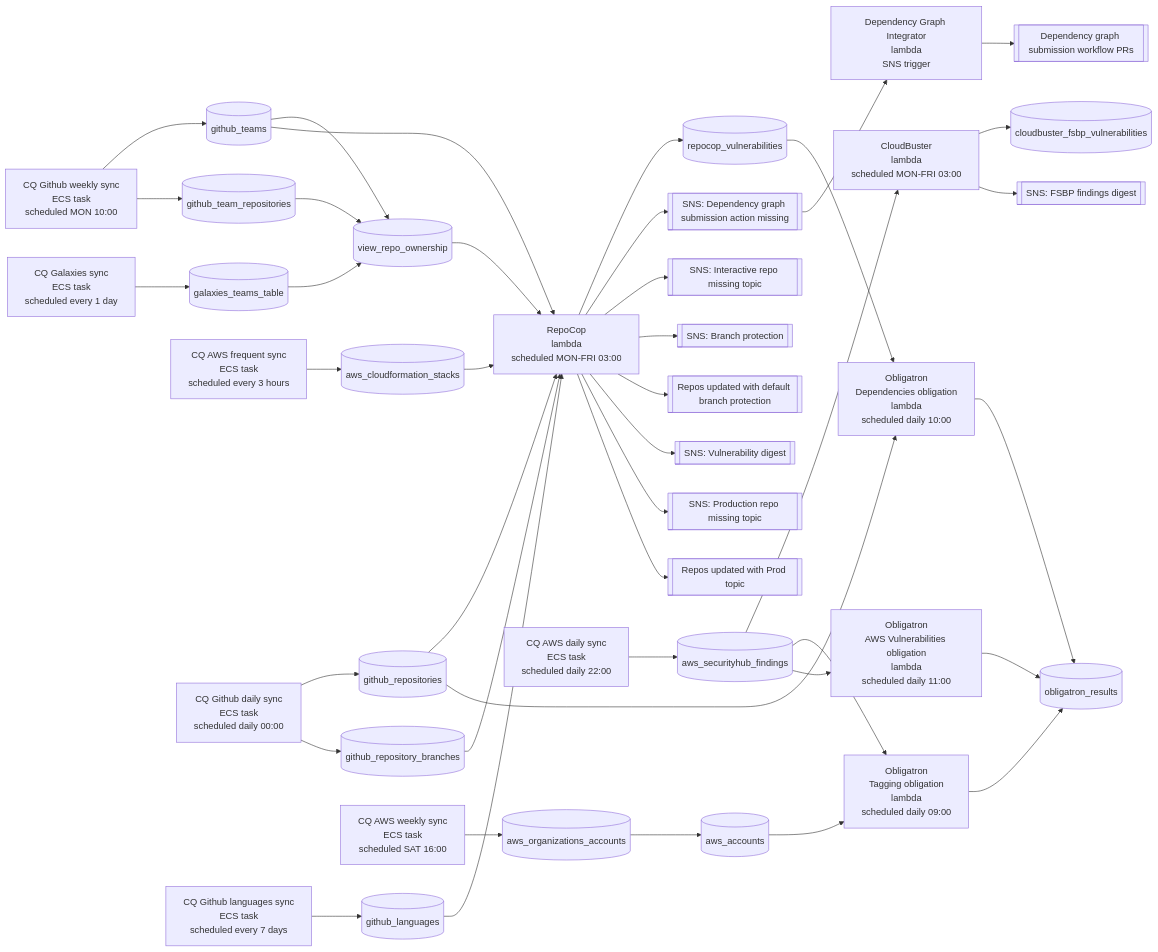
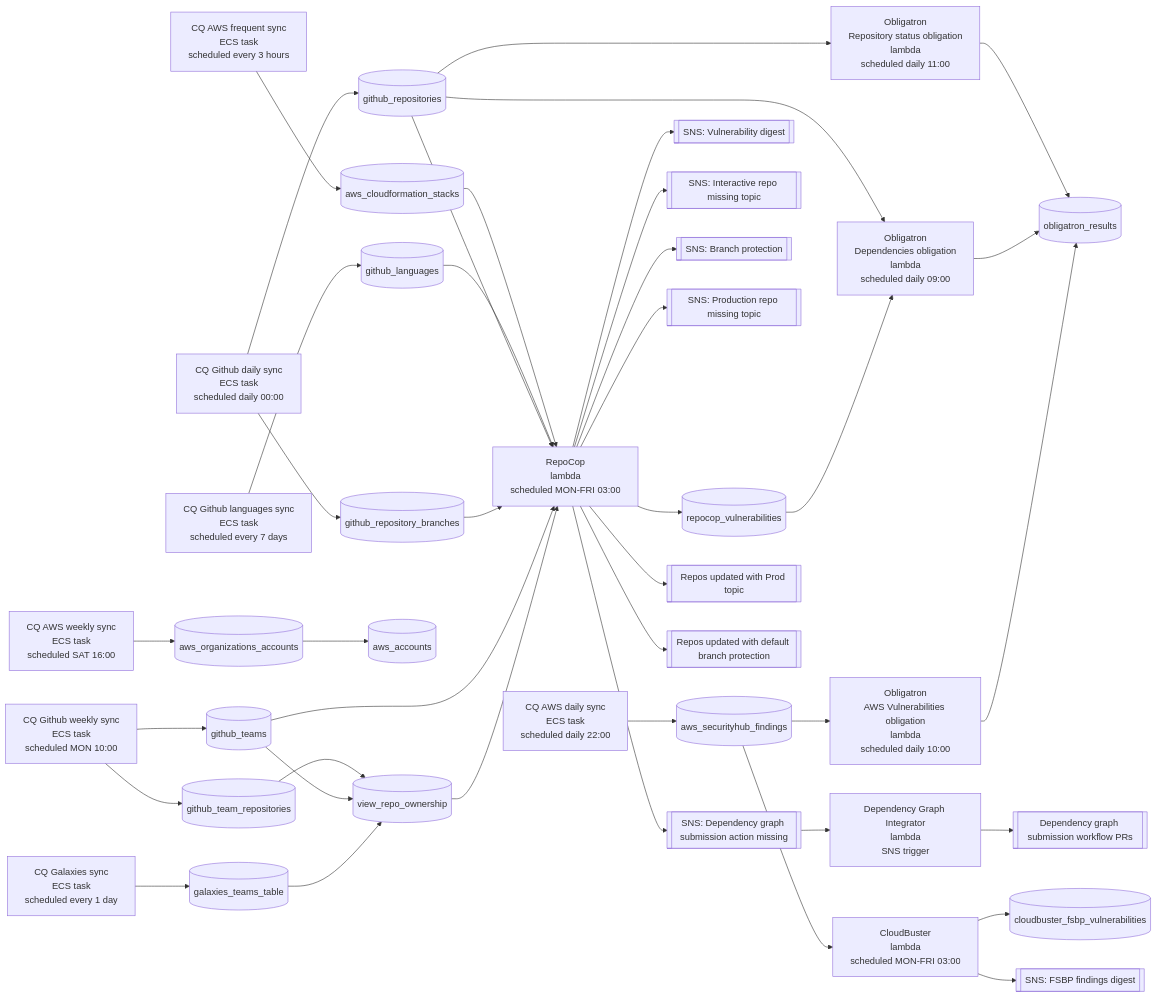
The diagram in packages/repocop/JobDependencies.md (guardian/service-catalogue), drawn with Mermaid before and after one commit. The commit also changed 3 other files, not shown here.

```diff
--- a/packages/repocop/JobDependencies.md
+++ b/packages/repocop/JobDependencies.md
@@ -47,9 +47,9 @@
     repocop[RepoCop<br>lambda<br>scheduled MON-FRI 03:00]
     depGraphIntegrator[Dependency Graph Integrator<br>lambda<br>SNS trigger]
     cloudbuster[CloudBuster<br>lambda<br>scheduled MON-FRI 03:00]
-    obligatronTagging[Obligatron<br>Tagging obligation<br>lambda<br>scheduled daily 09:00]
-    obligatronDeps[Obligatron<br>Dependencies obligation<br>lambda<br>scheduled daily 10:00]
-    obligatronVulns[Obligatron<br>AWS Vulnerabilities obligation<br>lambda<br>scheduled daily 11:00]
+    obligatronDeps[Obligatron<br>Dependencies obligation<br>lambda<br>scheduled daily 09:00]
+    obligatronVulns[Obligatron<br>AWS Vulnerabilities obligation<br>lambda<br>scheduled daily 10:00]
+    obligatronRepoStatus[Obligatron<br>Repository status obligation<br>lambda<br>scheduled daily 11:00]
 
     %% Dependencies
 
@@ -94,9 +94,8 @@
     cloudbuster --> fsbpNotice
 
     %% Obligatron
-    awsFsbpFindingData --> obligatronTagging
-    awsAccountView --> obligatronTagging
-    obligatronTagging --> obligatronResultData
+    ghRepoData --> obligatronRepoStatus
+    obligatronRepoStatus --> obligatronResultData
     ghRepoData --> obligatronDeps
     repoCopVulnData --> obligatronDeps
     obligatronDeps --> obligatronResultData
```
